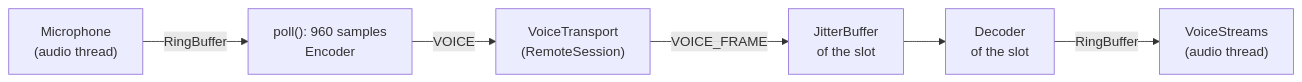
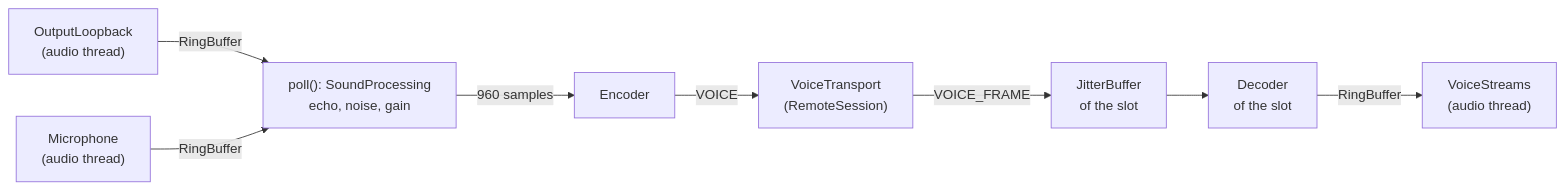
One commit to Akinator31/Rtype changed the second of 3 diagrams in docs/architecture/voice.md. Above: the diagram before and after it, drawn with Mermaid. The commit also changed other lines of this file and 4 other files, not shown here.

Commit message:
docs(voice): describe the sound processing of the microphone and what the output plays

````diff
--- a/docs/architecture/voice.md
+++ b/docs/architecture/voice.md
@@ -228,8 +238,10 @@
 ```mermaid
 flowchart LR
-    M["Microphone<br/>(audio thread)"] -- RingBuffer --> E["poll(): 960 samples<br/>Encoder"]
+    L["OutputLoopback<br/>(audio thread)"] -- RingBuffer --> S
+    M["Microphone<br/>(audio thread)"] -- RingBuffer --> S["poll(): SoundProcessing<br/>echo, noise, gain"]
+    S -- "960 samples" --> E["Encoder"]
     E -- "VOICE" --> T["VoiceTransport<br/>(RemoteSession)"]
     T -- "VOICE_FRAME" --> J["JitterBuffer<br/>of the slot"]
     J --> D["Decoder<br/>of the slot"]
     D -- RingBuffer --> P["VoiceStreams<br/>(audio thread)"]
 ```
````
